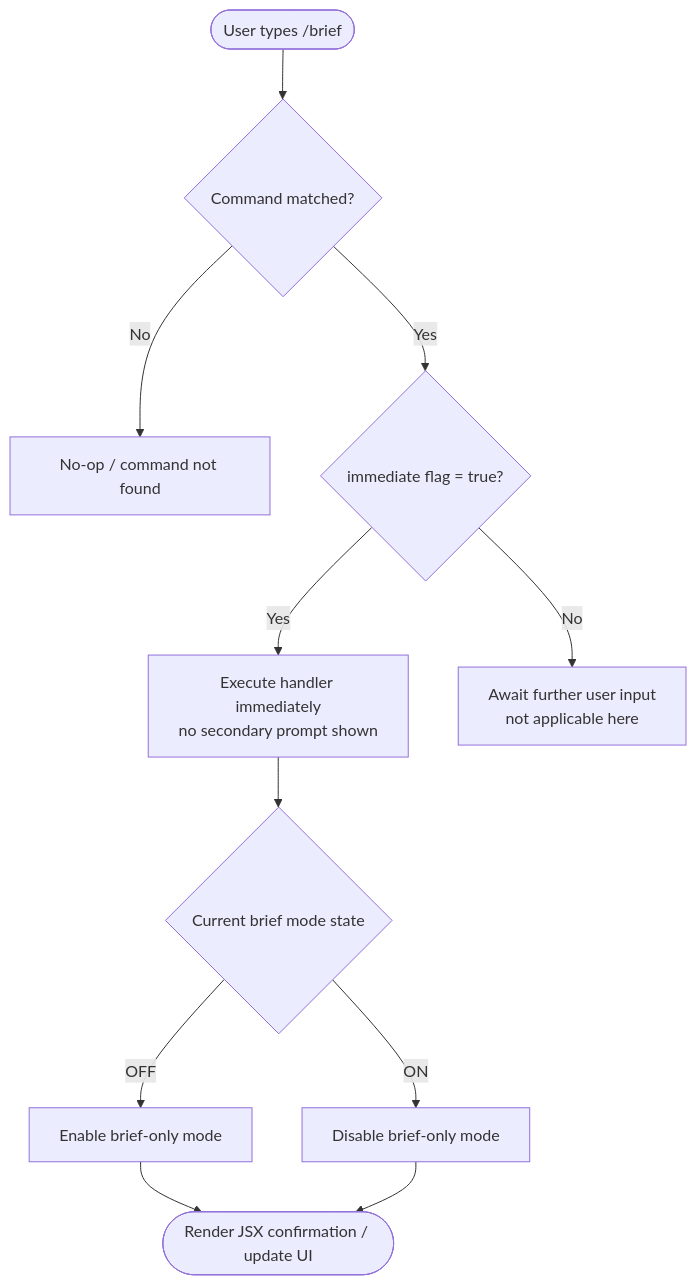
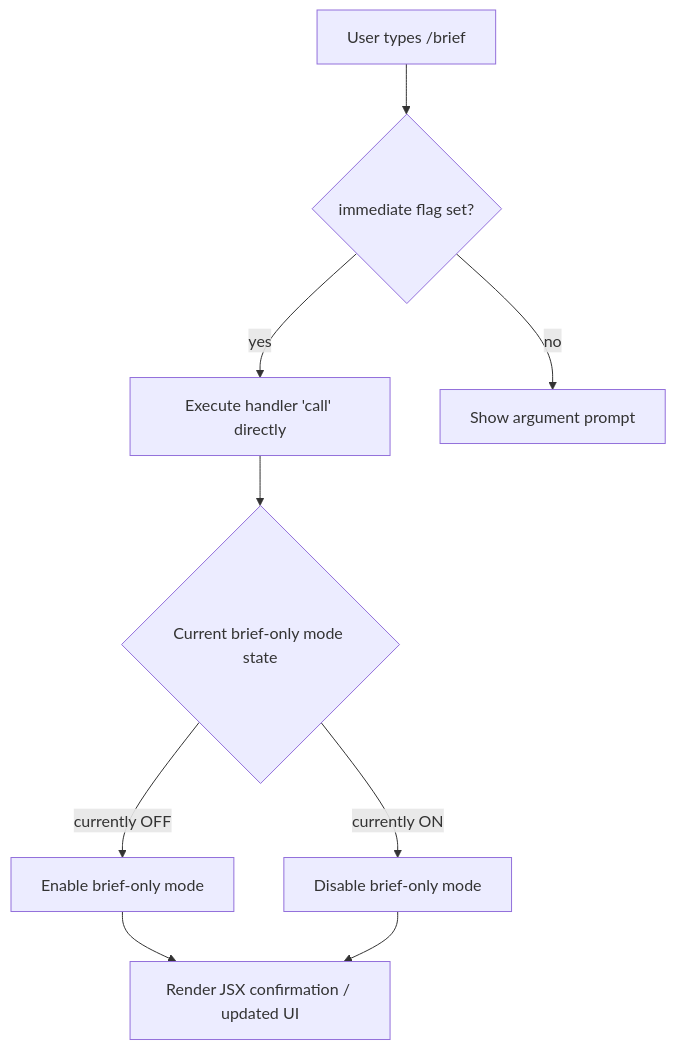
One commit to MyLittleLuckyDog/cc-gnothi changed the diagram in versions/v2.1.132/brief.md. Above: the diagram before and after it, drawn with Mermaid. The commit also changed other lines of this file and 96 other files, not shown here.

````diff
--- a/versions/v2.1.132/brief.md
+++ b/versions/v2.1.132/brief.md
@@ -47,13 +59,11 @@
 ```mermaid
 flowchart TD
-    A([User types /brief]) --> B{Command matched?}
-    B -- No --> C[No-op / command not found]
-    B -- Yes --> D{immediate flag = true?}
-    D -- Yes --> E[Execute handler immediately\nno secondary prompt shown]
-    D -- No --> F[Await further user input\nnot applicable here]
-    E --> G{Current brief mode state}
-    G -- OFF --> H[Enable brief-only mode]
-    G -- ON --> I[Disable brief-only mode]
-    H --> J([Render JSX confirmation / update UI])
-    I --> J
+    A[User types /brief] --> B{immediate flag set?}
+    B -- yes --> C[Execute handler 'call' directly]
+    B -- no --> D[Show argument prompt]
+    C --> E{Current brief-only mode state}
+    E -- currently OFF --> F[Enable brief-only mode]
+    E -- currently ON --> G[Disable brief-only mode]
+    F --> H[Render JSX confirmation / updated UI]
+    G --> H
 ```
````
